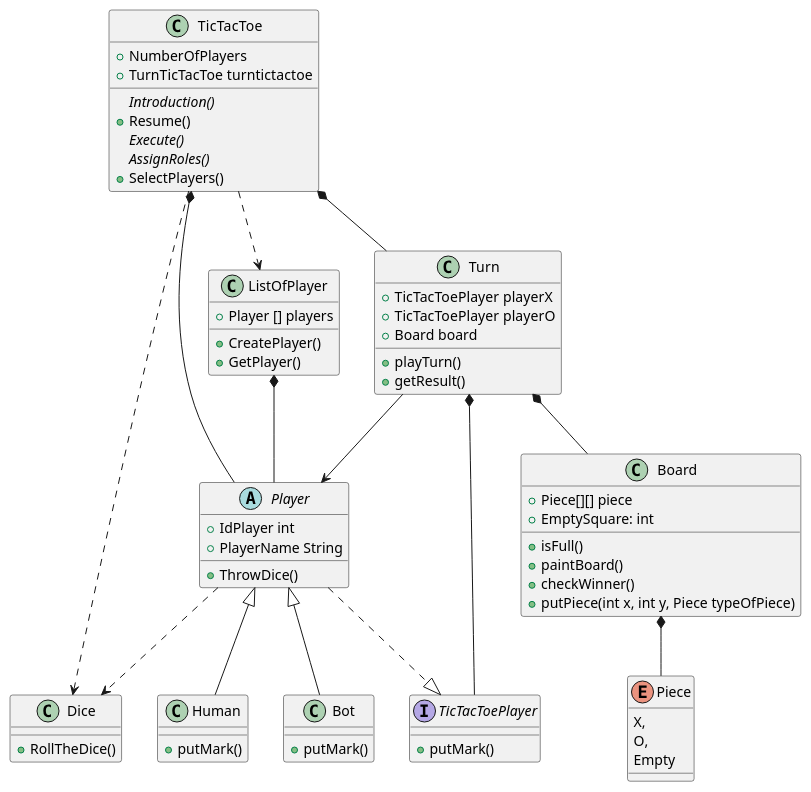
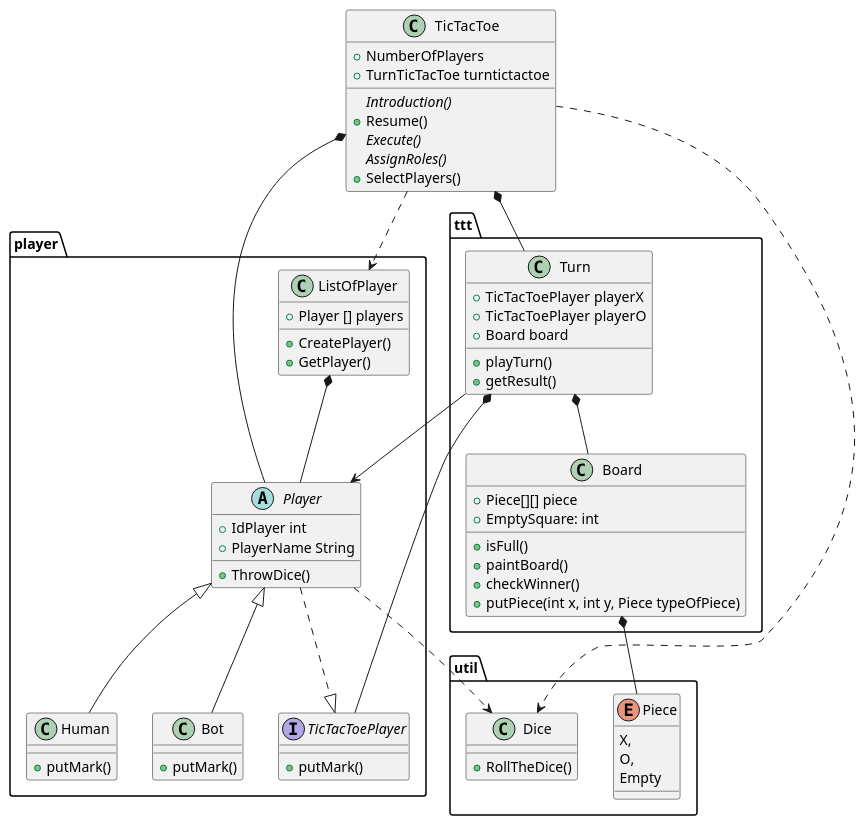
Before and after one commit to Gabs16TL/Games_Platform: the diagram in diagrams/ClassDiagramTicTacToe.wsd, drawn with PlantUML. The commit also changed 2 other files, not shown here.

Commit message:
Se añadieron los diagramas de clases completos de HangMan y Main junto a sus paquetes

```diff
--- a/diagrams/ClassDiagramTicTacToe.wsd
+++ b/diagrams/ClassDiagramTicTacToe.wsd
@@ -1,79 +1,94 @@
 @startuml Tictactoe
+
+
 
 class TicTacToe {
      +NumberOfPlayers
     +TurnTicTacToe turntictactoe
     {abstract}Introduction()
     +Resume()
     {abstract}Execute()
     {abstract}AssignRoles()
     +SelectPlayers()
-    
 }
 
-interface TicTacToePlayer {
-    +putMark()
-}
 
-class Dice {
-    +RollTheDice()
-}
 
+package player {
 abstract class Player {
     +IdPlayer int
     +PlayerName String
     +ThrowDice()
 }
+Class ListOfPlayer {
+    +Player [] players
+    +CreatePlayer()
+    +GetPlayer()
+}
 
+Class Human {
+    +putMark()
+}
+
+Class Bot {
+  +putMark()
+}
+interface TicTacToePlayer {
+    +putMark()
+}
+}
+
+
+
+
+package util {
+class Dice {
+    +RollTheDice()
+}
+Enum Piece {
+   X,
+   O,
+   Empty
+}
+}
+
+
+package ttt {
 class Turn {
     +TicTacToePlayer playerX
     +TicTacToePlayer playerO
     +Board board
     +playTurn()
     +getResult()
 }
 class Board {
     +Piece[][] piece
     +EmptySquare: int
     +isFull()
     +paintBoard()
     +checkWinner()
     +putPiece(int x, int y, Piece typeOfPiece)
 }
-
-Enum Piece {
-   X,
-   O,
-   Empty
 }
 
-Class ListOfPlayer {
-    +Player [] players
-    +CreatePlayer()
-    +GetPlayer()
-}
 
-Class Human {
-    +putMark()
-}
 
-Class Bot {
-  +putMark()
-}
+
+
 
 
 TicTacToe *-- Turn
 Turn *-- TicTacToePlayer
 TicTacToe *-- Player
 Board *-- Piece
 TicTacToe ..> ListOfPlayer
 ListOfPlayer *-- Player
 Turn *-- Board
 Player ..|> TicTacToePlayer
 Player <|-- Human
 Player <|-- Bot
 Turn --> Player
 TicTacToe ..> Dice
 Player ..> Dice
 
 @enduml
```
